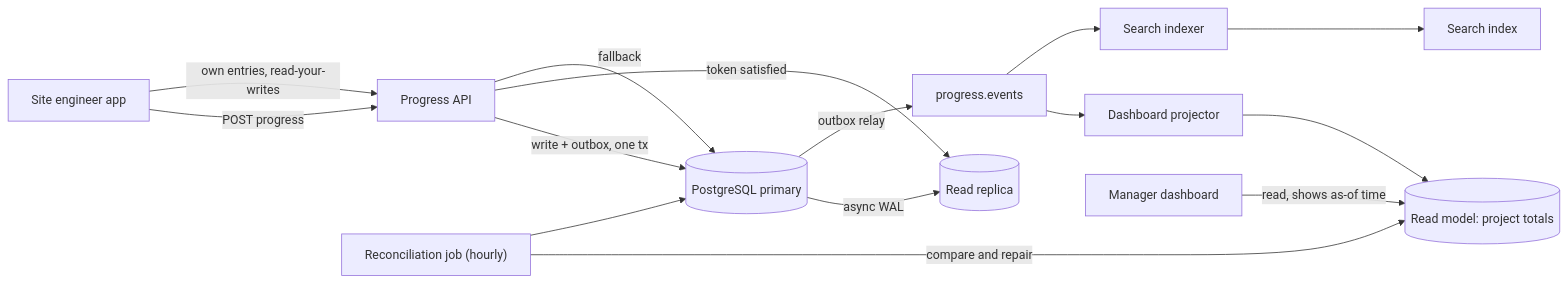
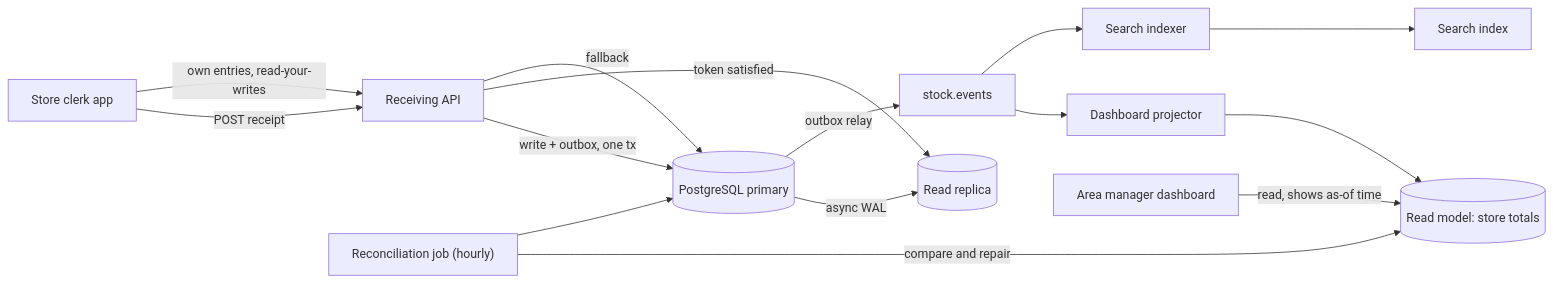
Before and after one commit to rizwi0786/system-design-lab: the first of 3 diagrams in content/lessons/m12/m12-eventual-consistency.md, drawn with Mermaid. The commit also changed other lines of this file and 334 other files, not shown here.

````diff
--- a/content/lessons/m12/m12-eventual-consistency.md
+++ b/content/lessons/m12/m12-eventual-consistency.md
@@ -197,17 +197,17 @@
 ```mermaid
 flowchart LR
-    ENG["Site engineer app"] -->|"POST progress"| API["Progress API"]
+    ENG["Store clerk app"] -->|"POST receipt"| API["Receiving API"]
     API -->|"write + outbox, one tx"| PRI[("PostgreSQL primary")]
     PRI -->|"async WAL"| REP[("Read replica")]
-    PRI -->|"outbox relay"| BUS["progress.events"]
+    PRI -->|"outbox relay"| BUS["stock.events"]
     BUS --> PROJ["Dashboard projector"]
-    PROJ --> RM[("Read model: project totals")]
+    PROJ --> RM[("Read model: store totals")]
     BUS --> IDX["Search indexer"]
     IDX --> SRCH["Search index"]
     REC["Reconciliation job (hourly)"] -->|"compare and repair"| RM
     REC --> PRI
-    MGR["Manager dashboard"] -->|"read, shows as-of time"| RM
+    MGR["Area manager dashboard"] -->|"read, shows as-of time"| RM
     ENG -->|"own entries, read-your-writes"| API
     API -->|"token satisfied"| REP
     API -->|"fallback"| PRI
 ```
````
